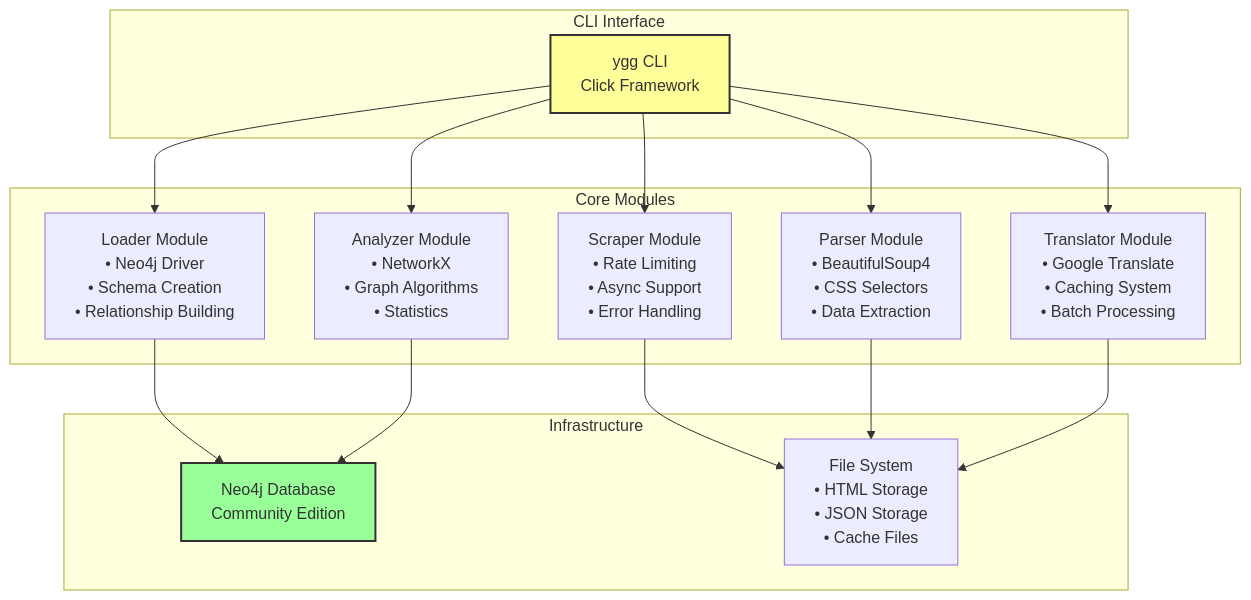
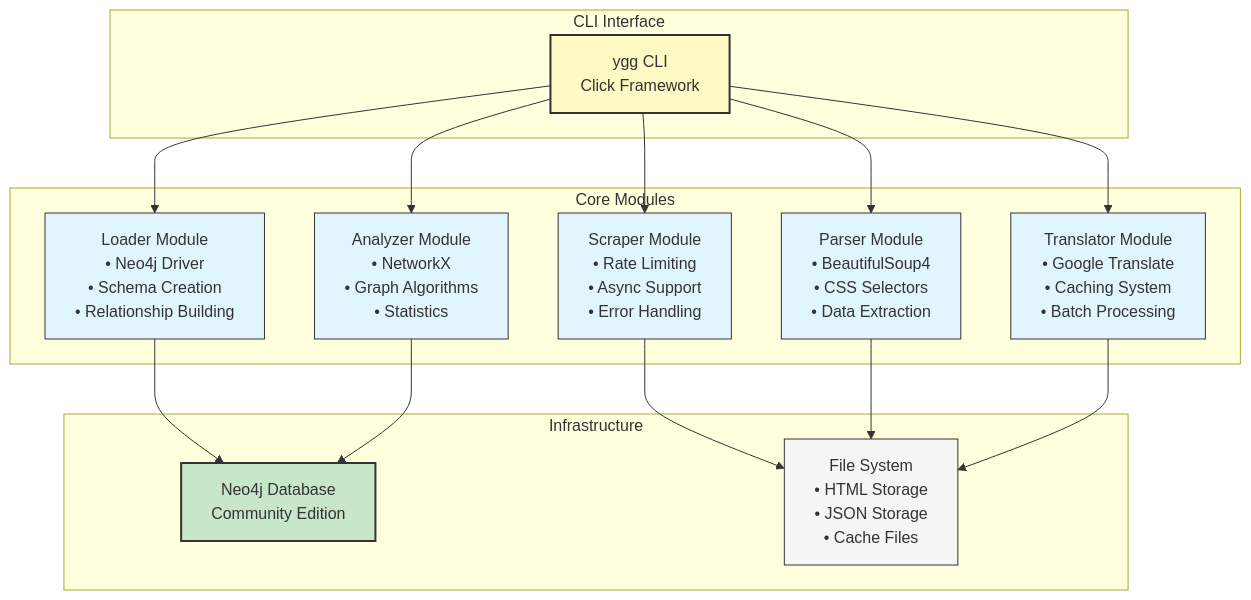
One commit to Ricoledan/digimon-knowledge-graph changed the second of 4 diagrams in CLAUDE.md. Above: the diagram before and after it, drawn with Mermaid. The commit also changed other lines of this file and 1 other file, not shown here.

Commit message:
add diagrams

````diff
--- a/CLAUDE.md
+++ b/CLAUDE.md
@@ -128,34 +166,40 @@
 ```mermaid
 graph TB
     subgraph "CLI Interface"
         CLI[ygg CLI<br/>Click Framework]
     end
     
     subgraph "Core Modules"
         SCR[Scraper Module<br/>• Rate Limiting<br/>• Async Support<br/>• Error Handling]
         PRS[Parser Module<br/>• BeautifulSoup4<br/>• CSS Selectors<br/>• Data Extraction]
         TRN[Translator Module<br/>• Google Translate<br/>• Caching System<br/>• Batch Processing]
         LDR[Loader Module<br/>• Neo4j Driver<br/>• Schema Creation<br/>• Relationship Building]
         ANL[Analyzer Module<br/>• NetworkX<br/>• Graph Algorithms<br/>• Statistics]
     end
     
     subgraph "Infrastructure"
         NEO[Neo4j Database<br/>Community Edition]
         FS[File System<br/>• HTML Storage<br/>• JSON Storage<br/>• Cache Files]
     end
     
     CLI --> SCR
     CLI --> PRS
     CLI --> TRN
     CLI --> LDR
     CLI --> ANL
     
     SCR --> FS
     PRS --> FS
     TRN --> FS
     LDR --> NEO
     ANL --> NEO
     
-    style CLI fill:#ff9,stroke:#333,stroke-width:2px
-    style NEO fill:#9f9,stroke:#333,stroke-width:2px
+    style CLI fill:#fff9c4,stroke:#333,stroke-width:2px
+    style NEO fill:#c8e6c9,stroke:#333,stroke-width:2px
+    style SCR fill:#e1f5fe,stroke:#333,stroke-width:1px
+    style PRS fill:#e1f5fe,stroke:#333,stroke-width:1px
+    style TRN fill:#e1f5fe,stroke:#333,stroke-width:1px
+    style LDR fill:#e1f5fe,stroke:#333,stroke-width:1px
+    style ANL fill:#e1f5fe,stroke:#333,stroke-width:1px
+    style FS fill:#f5f5f5,stroke:#333,stroke-width:1px
 ```
````
